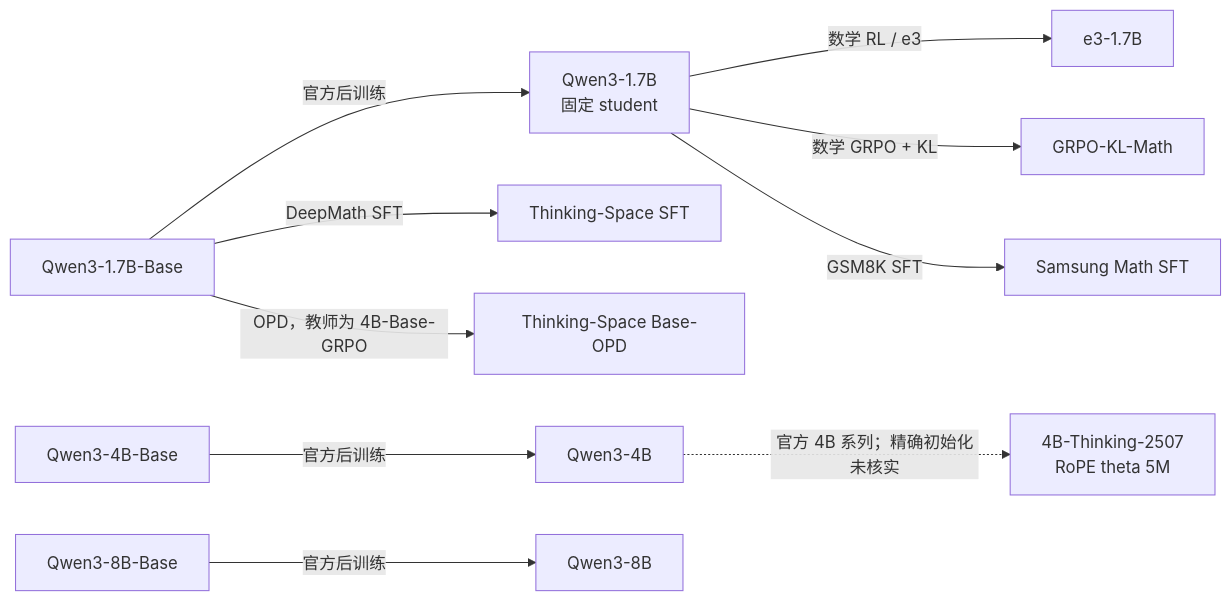
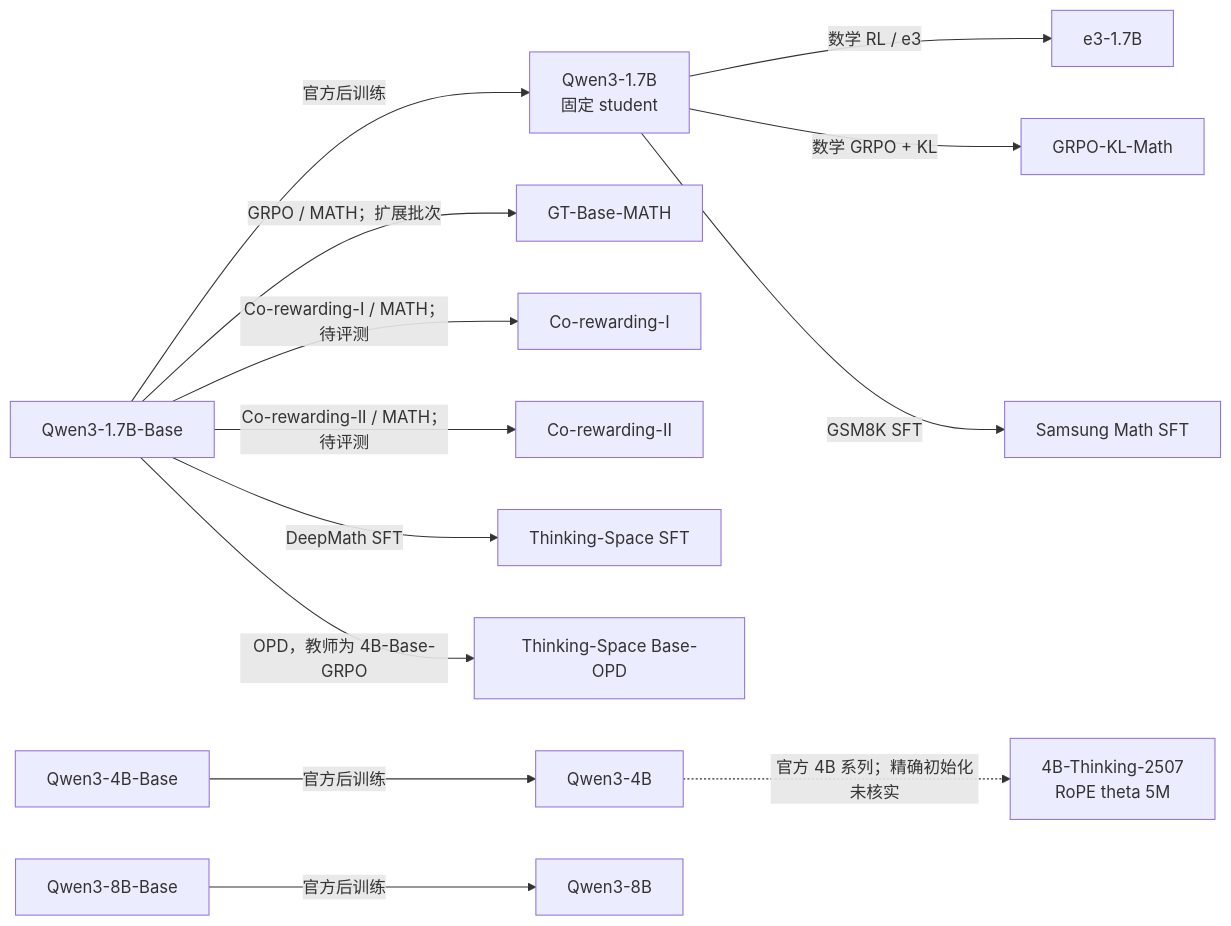
The diagram in examples/mirroropd/docs/experiments/teacher-transfer/transfer-mechanism/qwen3/2026-10-29-Qwen3谱系与同构教师吸收.md (WncFht/MirrorOPD-verl), drawn with Mermaid before and after one commit. The commit also changed other lines of this file and 177 other files, not shown here.

````diff
--- a/examples/mirroropd/docs/experiments/teacher-transfer/transfer-mechanism/qwen3/2026-10-29-Qwen3谱系与同构教师吸收.md
+++ b/examples/mirroropd/docs/experiments/teacher-transfer/transfer-mechanism/qwen3/2026-10-29-Qwen3谱系与同构教师吸收.md
@@ -9,12 +11,15 @@
 ```mermaid
 flowchart LR
   B["Qwen3-1.7B-Base"] -->|"官方后训练"| S["Qwen3-1.7B<br/>固定 student"]
   S -->|"数学 RL / e3"| E["e3-1.7B"]
   S -->|"数学 GRPO + KL"| G["GRPO-KL-Math"]
+  B -->|"GRPO / MATH；扩展批次"| GT["GT-Base-MATH"]
+  B -->|"Co-rewarding-I / MATH；待评测"| CI["Co-rewarding-I"]
+  B -->|"Co-rewarding-II / MATH；待评测"| CII["Co-rewarding-II"]
   S -->|"GSM8K SFT"| M["Samsung Math SFT"]
   B -->|"DeepMath SFT"| F["Thinking-Space SFT"]
   B -->|"OPD，教师为 4B-Base-GRPO"| O["Thinking-Space Base-OPD"]
   B4["Qwen3-4B-Base"] -->|"官方后训练"| Q4["Qwen3-4B"]
   B8["Qwen3-8B-Base"] -->|"官方后训练"| Q8["Qwen3-8B"]
   Q4 -.->|"官方 4B 系列；精确初始化未核实"| T["4B-Thinking-2507<br/>RoPE theta 5M"]
 ```
````
